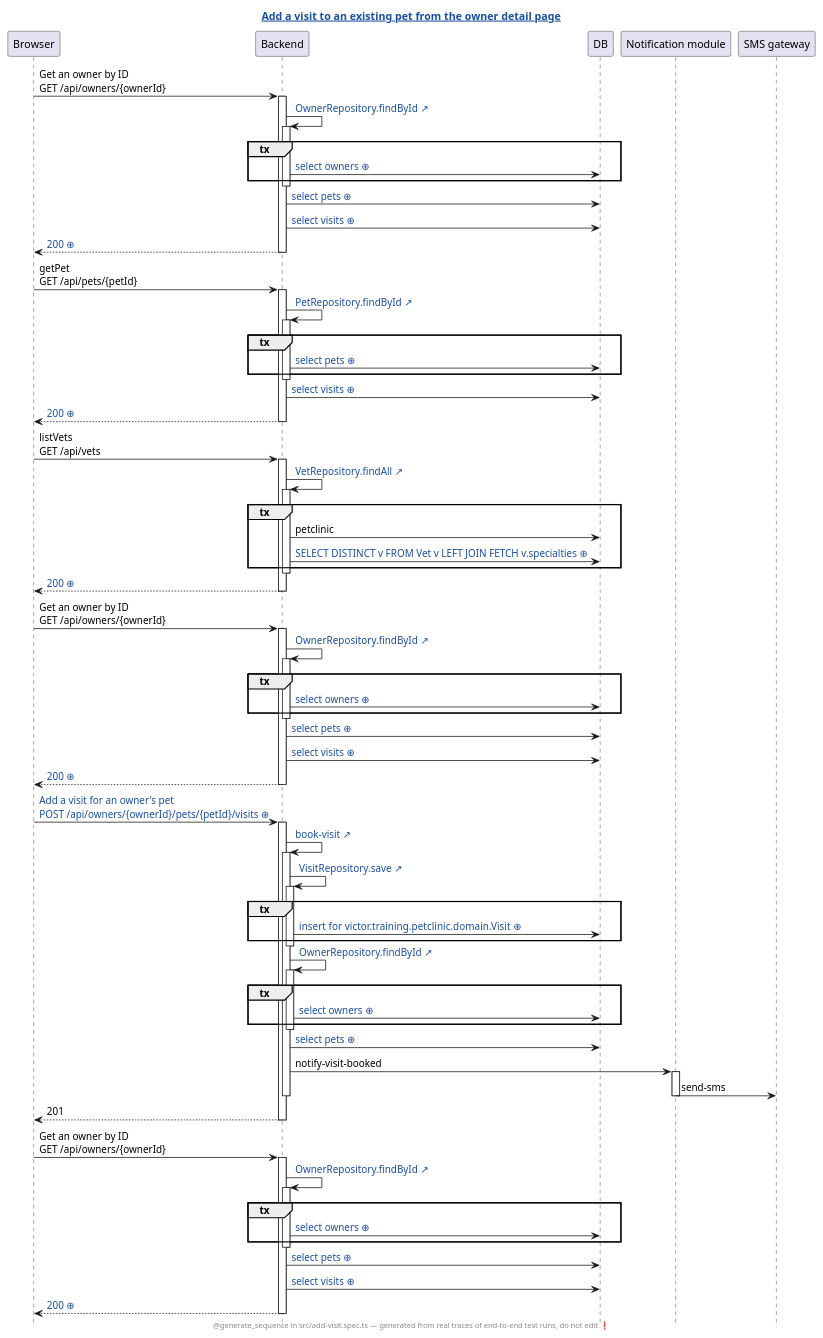
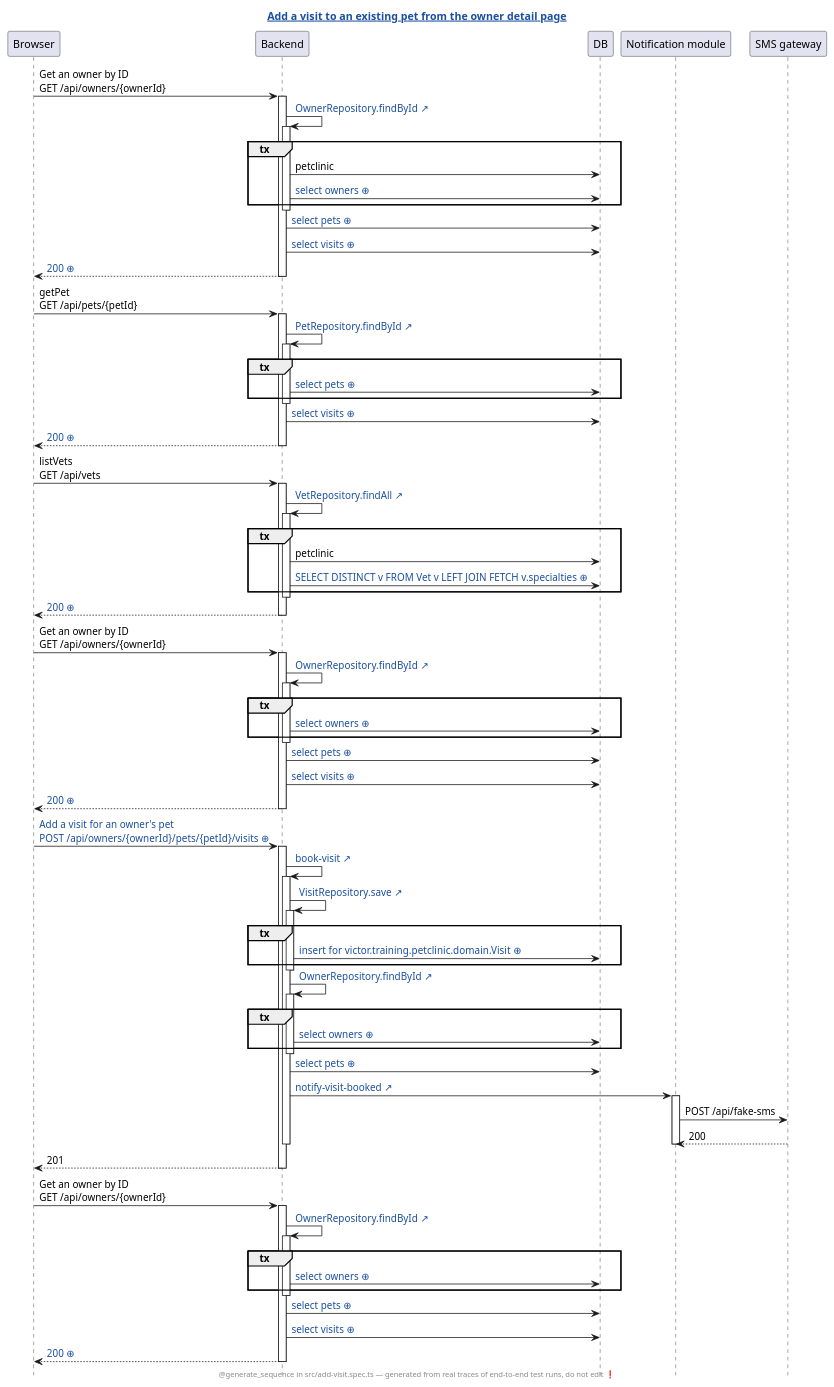
One commit to victorrentea/petclinic changed the diagram in petclinic-test/generated/add-visit.spec.ts.add-a-visit-to-an-existing-pet-from-the-owner-detail-page.genseq.puml. Above: the diagram before and after it, drawn with PlantUML. The commit also changed 9 other files, not shown here.

First line of the commit message:
Record the sequence diagrams with the SMS gateway self-call

```diff
--- a/petclinic-test/generated/add-visit.spec.ts.add-a-visit-to-an-existing-pet-from-the-owner-detail-page.genseq.puml
+++ b/petclinic-test/generated/add-visit.spec.ts.add-a-visit-to-an-existing-pet-from-the-owner-detail-page.genseq.puml
@@ -1,95 +1,97 @@
 @startuml
 ' ⚠️  GENERATED FILE — DO NOT EDIT. Every edit is lost on the next run.
 hide footbox
 skinparam hyperlinkUnderline false
 skinparam hyperlinkColor #1A4FA0
 title [[src://petclinic-test/src/add-visit.spec.ts:34{Click to open the test} Add a visit to an existing pet from the owner detail page]]
 footer @generate_sequence in src/add-visit.spec.ts — generated from real traces of end-to-end test runs, do not edit ❗
 participant Browser
 participant Backend
 participant DB
 participant "Notification module"
 participant "SMS gateway"
 Browser -> Backend: Get an owner by ID\nGET /api/owners/{ownerId}
 activate Backend
 Backend -> Backend: [[src://petclinic-backend/src/main/java/victor/training/petclinic/repository/OwnerRepository.java:14{Click to open OwnerRepository.findById} OwnerRepository.findById ↗]]
 activate Backend
 group tx
+Backend -> DB: petclinic
 Backend -> DB: [[genseq://0x8aana{Click for the statement behind this call} select owners ⊕]]
 end
 deactivate Backend
 Backend -> DB: [[genseq://18567ho{Click for the statement behind this call} select pets ⊕]]
 Backend -> DB: [[genseq://1eq1h2q{Click for the statement behind this call} select visits ⊕]]
-Backend --> Browser: [[genseq://01paq2v{Click for this call’s JSON body} 200 ⊕]]
+Backend --> Browser: [[genseq://0meh876{Click for this call’s JSON body} 200 ⊕]]
 deactivate Backend
 Browser -> Backend: getPet\nGET /api/pets/{petId}
 activate Backend
 Backend -> Backend: [[src://petclinic-backend/src/main/java/victor/training/petclinic/repository/PetRepository.java:16{Click to open PetRepository.findById} PetRepository.findById ↗]]
 activate Backend
 group tx
 Backend -> DB: [[genseq://0y7w2ps{Click for the statement behind this call} select pets ⊕]]
 end
 deactivate Backend
 Backend -> DB: [[genseq://1eq1h2q{Click for the statement behind this call} select visits ⊕]]
-Backend --> Browser: [[genseq://0yk2pux{Click for this call’s JSON body} 200 ⊕]]
+Backend --> Browser: [[genseq://1bsqqcg{Click for this call’s JSON body} 200 ⊕]]
 deactivate Backend
 Browser -> Backend: listVets\nGET /api/vets
 activate Backend
 Backend -> Backend: [[src://petclinic-backend/src/main/java/victor/training/petclinic/repository/VetRepository.java:12{Click to open VetRepository.findAll} VetRepository.findAll ↗]]
 activate Backend
 group tx
 Backend -> DB: petclinic
 Backend -> DB: [[genseq://0p6yxbc{Click for the statement behind this call} SELECT DISTINCT v FROM Vet v LEFT JOIN FETCH v.specialties ⊕]]
 end
 deactivate Backend
 Backend --> Browser: [[genseq://1nmg2oo{Click for this call’s JSON body} 200 ⊕]]
 deactivate Backend
 Browser -> Backend: Get an owner by ID\nGET /api/owners/{ownerId}
 activate Backend
 Backend -> Backend: [[src://petclinic-backend/src/main/java/victor/training/petclinic/repository/OwnerRepository.java:14{Click to open OwnerRepository.findById} OwnerRepository.findById ↗]]
 activate Backend
 group tx
 Backend -> DB: [[genseq://0x8aana{Click for the statement behind this call} select owners ⊕]]
 end
 deactivate Backend
 Backend -> DB: [[genseq://18567ho{Click for the statement behind this call} select pets ⊕]]
 Backend -> DB: [[genseq://1eq1h2q{Click for the statement behind this call} select visits ⊕]]
-Backend --> Browser: [[genseq://16adhaf{Click for this call’s JSON body} 200 ⊕]]
+Backend --> Browser: [[genseq://1dntyok{Click for this call’s JSON body} 200 ⊕]]
 deactivate Backend
-Browser -> Backend: [[genseq://0howwrm{Click for this call’s JSON body} Add a visit for an owner's pet\nPOST /api/owners/{ownerId}/pets/{petId}/visits ⊕]]
+Browser -> Backend: [[genseq://0c9fz5h{Click for this call’s JSON body} Add a visit for an owner's pet\nPOST /api/owners/{ownerId}/pets/{petId}/visits ⊕]]
 activate Backend
-Backend -> Backend: [[src://petclinic-backend/src/main/java/victor/training/petclinic/rest/OwnerRestController.java:188{Click to open OwnerRestController.bookVisit} book-visit ↗]]
+Backend -> Backend: [[src://petclinic-backend/src/main/java/victor/training/petclinic/rest/OwnerRestController.java:191{Click to open OwnerRestController.bookVisit} book-visit ↗]]
 activate Backend
 Backend -> Backend: [[src://petclinic-backend/src/main/java/victor/training/petclinic/repository/VisitRepository.java:14{Click to open VisitRepository.save} VisitRepository.save ↗]]
 activate Backend
 group tx
-Backend -> DB: [[genseq://07dcatd{Click for the statement behind this call} insert for victor.training.petclinic.domain.Visit ⊕]]
+Backend -> DB: [[genseq://055v36x{Click for the statement behind this call} insert for victor.training.petclinic.domain.Visit ⊕]]
 end
 deactivate Backend
 Backend -> Backend: [[src://petclinic-backend/src/main/java/victor/training/petclinic/repository/OwnerRepository.java:14{Click to open OwnerRepository.findById} OwnerRepository.findById ↗]]
 activate Backend
 group tx
 Backend -> DB: [[genseq://0x8aana{Click for the statement behind this call} select owners ⊕]]
 end
 deactivate Backend
 Backend -> DB: [[genseq://18567ho{Click for the statement behind this call} select pets ⊕]]
-Backend -> "Notification module": notify-visit-booked
+Backend -> "Notification module": [[src://petclinic-backend/src/main/java/victor/training/petclinic/notification/FakeSmsNotificationSender.java:64{Click to open FakeSmsNotificationSender.visitBooked} notify-visit-booked ↗]]
 activate "Notification module"
-"Notification module" -> "SMS gateway": send-sms
+"Notification module" -> "SMS gateway": POST /api/fake-sms
+"SMS gateway" --> "Notification module": 200
 deactivate "Notification module"
 deactivate Backend
 Backend --> Browser: 201
 deactivate Backend
 Browser -> Backend: Get an owner by ID\nGET /api/owners/{ownerId}
 activate Backend
 Backend -> Backend: [[src://petclinic-backend/src/main/java/victor/training/petclinic/repository/OwnerRepository.java:14{Click to open OwnerRepository.findById} OwnerRepository.findById ↗]]
 activate Backend
 group tx
 Backend -> DB: [[genseq://0x8aana{Click for the statement behind this call} select owners ⊕]]
 end
 deactivate Backend
 Backend -> DB: [[genseq://18567ho{Click for the statement behind this call} select pets ⊕]]
 Backend -> DB: [[genseq://1eq1h2q{Click for the statement behind this call} select visits ⊕]]
-Backend --> Browser: [[genseq://0bdri0y{Click for this call’s JSON body} 200 ⊕]]
+Backend --> Browser: [[genseq://03yep3v{Click for this call’s JSON body} 200 ⊕]]
 deactivate Backend
 @enduml
```
